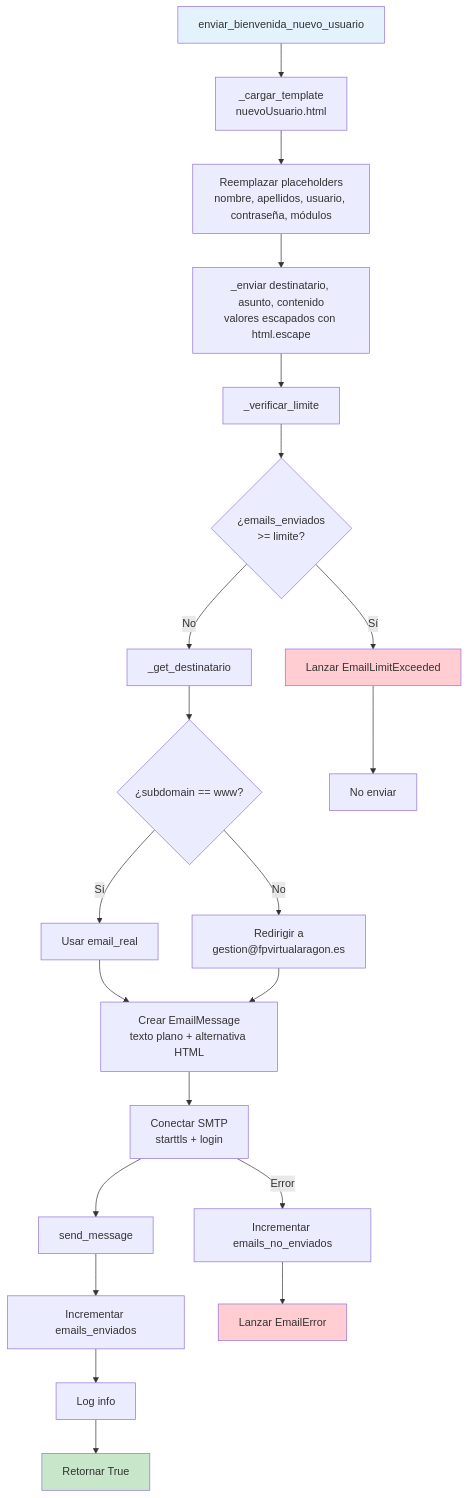
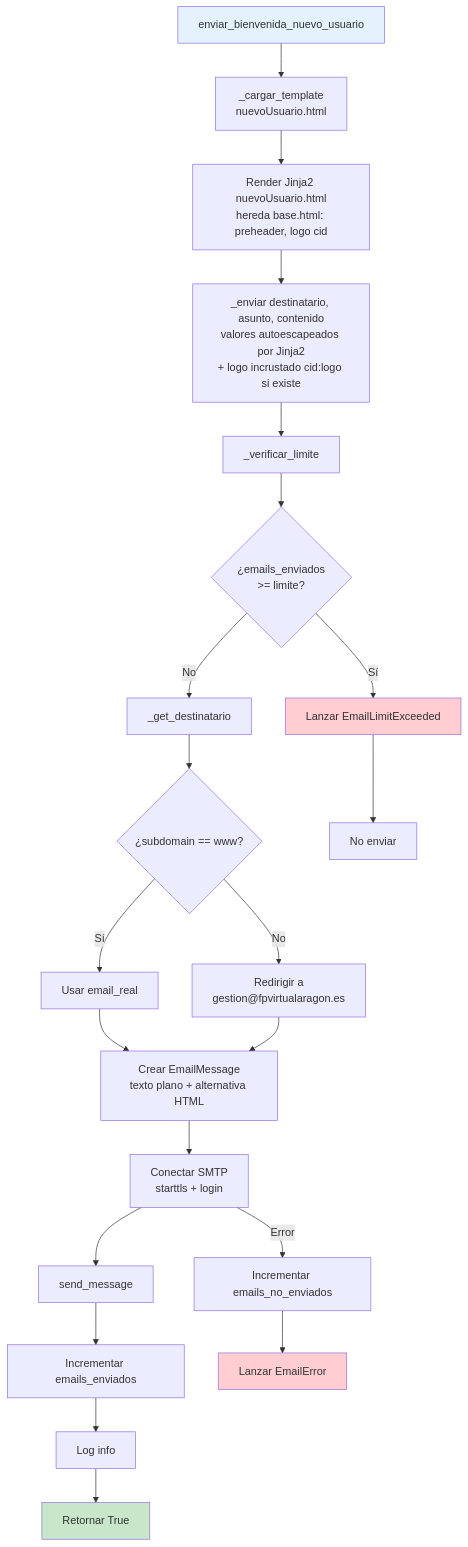
The ninth of 13 diagrams in docus/flujos.md (FPVirtual/fp-virtual-gestion-alumnos), drawn with Mermaid before and after one commit. The commit also changed other lines of this file and 21 other files, not shown here.

First line of the commit message:
feat: migración de plantillas de email a Jinja2 con base.html, preheader y logo incrustado (lote 3)

````diff
--- a/docus/flujos.md
+++ b/docus/flujos.md
@@ -346,32 +346,32 @@
 ```mermaid
 flowchart TD
     A[enviar_bienvenida_nuevo_usuario] --> B[_cargar_template<br/>nuevoUsuario.html]
-    B --> C[Reemplazar placeholders<br/>nombre, apellidos, usuario, contraseña, módulos]
+    B --> C[Render Jinja2 nuevoUsuario.html<br/>hereda base.html: preheader, logo cid]
 
-    C --> D[_enviar destinatario, asunto, contenido<br/>valores escapados con html.escape]
+    C --> D[_enviar destinatario, asunto, contenido<br/>valores autoescapeados por Jinja2<br/>+ logo incrustado cid:logo si existe]
     D --> E[_verificar_limite]
     E --> F{¿emails_enviados<br/>>= limite?}
     F -->|Sí| G[Lanzar EmailLimitExceeded]
     F -->|No| H[_get_destinatario]
 
     H --> I{¿subdomain == www?}
     I -->|Sí| J[Usar email_real]
     I -->|No| K[Redirigir a<br/>gestion@fpvirtualaragon.es]
 
     J --> L[Crear EmailMessage<br/>texto plano + alternativa HTML]
     K --> L
     L --> M[Conectar SMTP<br/>starttls + login]
     M --> N[send_message]
     N --> O[Incrementar emails_enviados]
     O --> P[Log info]
     P --> Q[Retornar True]
 
     G --> R[No enviar]
     M -->|Error| S[Incrementar emails_no_enviados]
     S --> T[Lanzar EmailError]
 
     style A fill:#e3f2fd
     style Q fill:#c8e6c9
     style G fill:#ffcdd2
     style T fill:#ffcdd2
 ```
````
